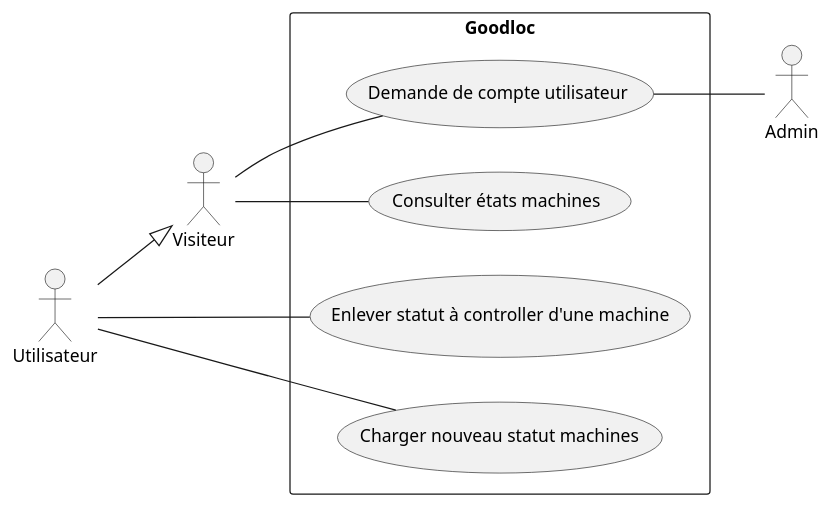
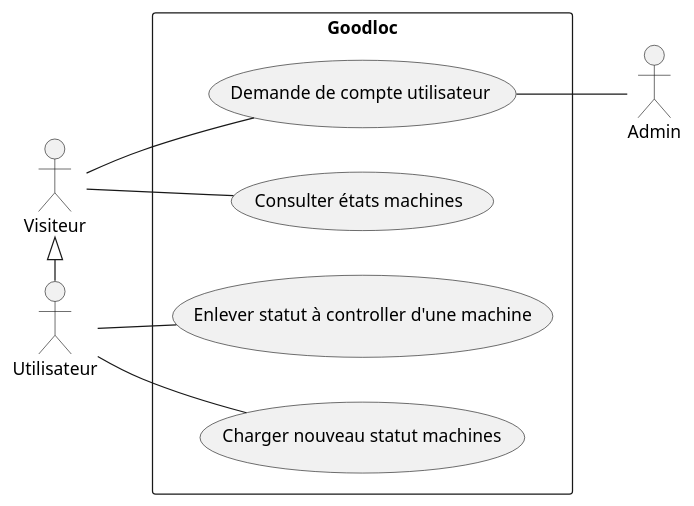
Before and after one commit to MonsieurMan/ReportBuilder: the diagram in files/diagrams/goodloc.pu, drawn with PlantUML. The commit also changed 17 other files, not shown here.

```diff
--- a/files/diagrams/goodloc.pu
+++ b/files/diagrams/goodloc.pu
@@ -1,24 +1,25 @@
 @startuml goodloc-usecase
 
 left to right direction
 skinparam packageStyle rectangle
 skinparam monochrome true
+skinparam shadowing false
 
 :Visiteur: as VIS
 :Utilisateur: as USR
 :Admin: as ADM
 
 rectangle "Goodloc" {
     (Demande de compte utilisateur) as demande
     
-    VIS <|-up- USR
+    VIS <|-right- USR
     
     VIS -- demande
     demande -- ADM
     
     VIS -- (Consulter états machines)
 
     USR -- (Enlever statut à controller d'une machine)
     USR -- (Charger nouveau statut machines)
 }
 @enduml
```
